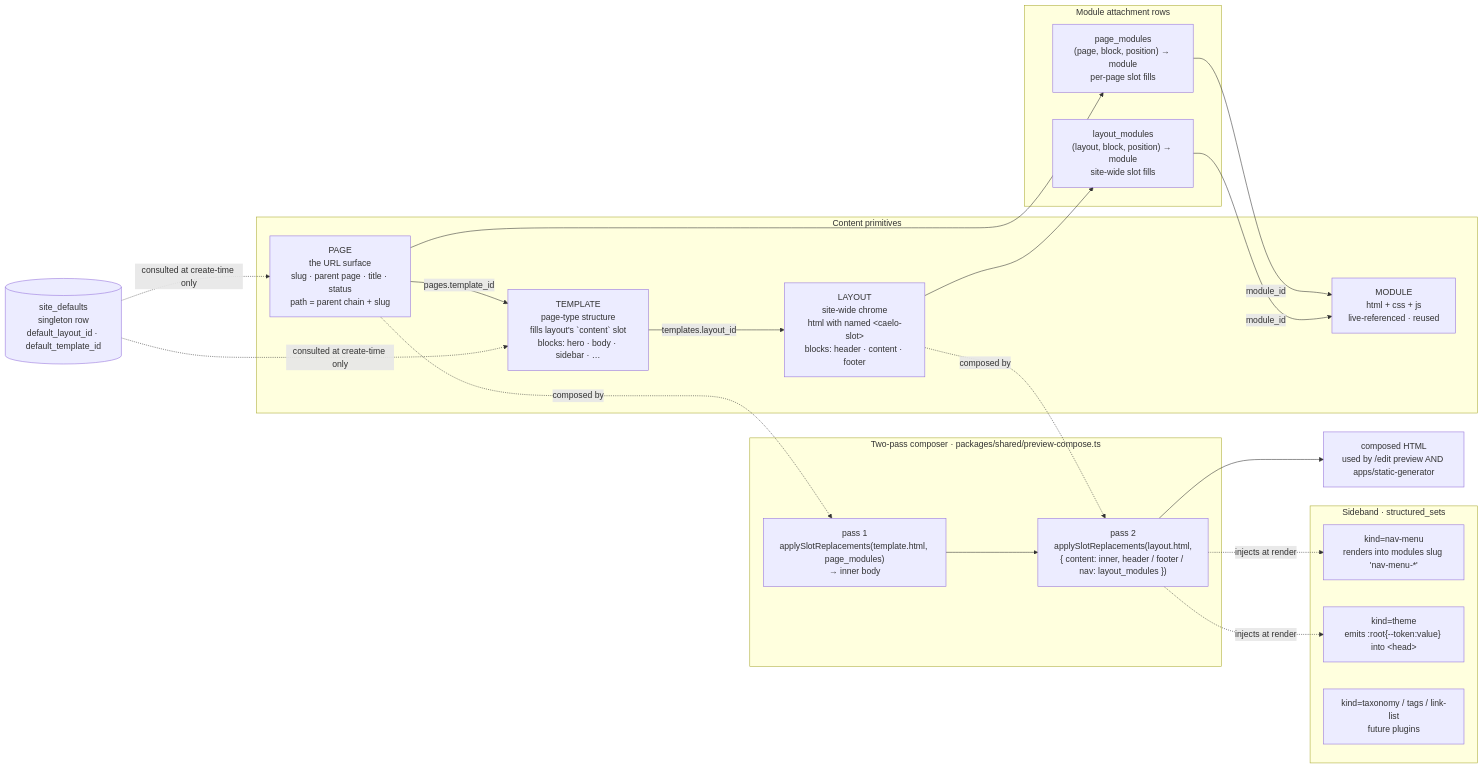
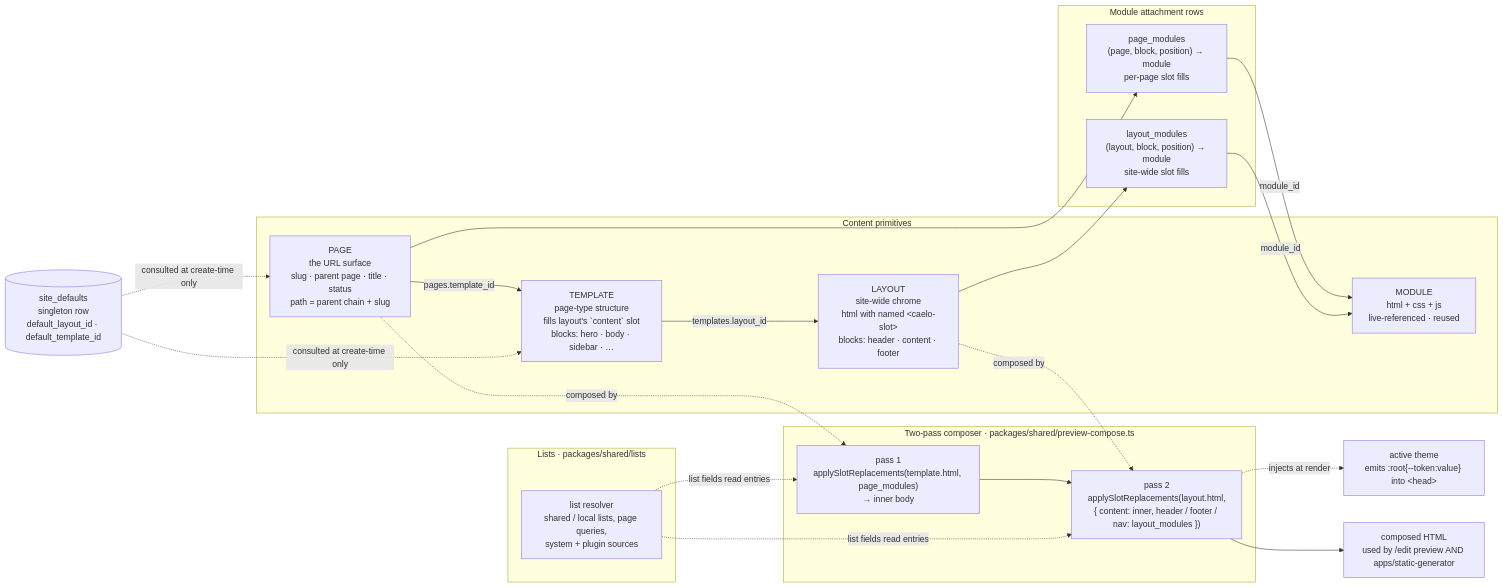
One commit to caelo-cms/caelo-cms changed the second of 4 diagrams in ARCHITECTURE.md. Above: the diagram before and after it, drawn with Mermaid. The commit also changed other lines of this file and 4 other files, not shown here.

Commit message:
docs(lists): CLAUDE.md, requirements and architecture follow the lists model (#1115)

````diff
--- a/ARCHITECTURE.md
+++ b/ARCHITECTURE.md
@@ -73,46 +73,46 @@
 ```mermaid
 flowchart LR
   subgraph primitives["Content primitives"]
     Layout["LAYOUT<br/>site-wide chrome<br/>html with named &lt;caelo-slot&gt;<br/>blocks: header · content · footer"]
     Template["TEMPLATE<br/>page-type structure<br/>fills layout's `content` slot<br/>blocks: hero · body · sidebar · …"]
     Page["PAGE<br/>the URL surface<br/>slug · parent page · title · status<br/>path = parent chain + slug"]
     Module["MODULE<br/>html + css + js<br/>live-referenced · reused"]
   end
 
   Template -->|templates.layout_id| Layout
   Page -->|pages.template_id| Template
 
   subgraph attachments["Module attachment rows"]
     PageModules["page_modules<br/>(page, block, position) → module<br/>per-page slot fills"]
     LayoutModules["layout_modules<br/>(layout, block, position) → module<br/>site-wide slot fills"]
   end
 
   Page --> PageModules
   Layout --> LayoutModules
   PageModules -->|module_id| Module
   LayoutModules -->|module_id| Module
 
   subgraph composer["Two-pass composer · packages/shared/preview-compose.ts"]
     Pass1["pass 1<br/>applySlotReplacements(template.html, page_modules)<br/>→ inner body"]
     Pass2["pass 2<br/>applySlotReplacements(layout.html,<br/>{ content: inner, header / footer / nav: layout_modules })"]
     Pass1 --> Pass2
   end
 
   Page -. composed by .-> Pass1
   Layout -. composed by .-> Pass2
 
-  subgraph sideband["Sideband · structured_sets"]
-    NavMenu["kind=nav-menu<br/>renders into modules slug 'nav-menu-*'"]
-    Theme["kind=theme<br/>emits :root{--token:value} into &lt;head&gt;"]
-    Tags["kind=taxonomy / tags / link-list<br/>future plugins"]
+  subgraph lists["Lists · packages/shared/lists"]
+    Resolver["list resolver<br/>shared / local lists, page queries,<br/>system + plugin sources"]
   end
+  Theme["active theme<br/>emits :root{--token:value} into &lt;head&gt;"]
 
-  Pass2 -. injects at render .-> NavMenu
+  Resolver -. list fields read entries .-> Pass1
+  Resolver -. list fields read entries .-> Pass2
   Pass2 -. injects at render .-> Theme
 
   Pass2 --> Output["composed HTML<br/>used by /edit preview AND apps/static-generator"]
 
   SiteDefaults[("site_defaults<br/>singleton row<br/>default_layout_id · default_template_id")]
   SiteDefaults -. consulted at create-time only .-> Page
   SiteDefaults -. consulted at create-time only .-> Template
 ```
````
